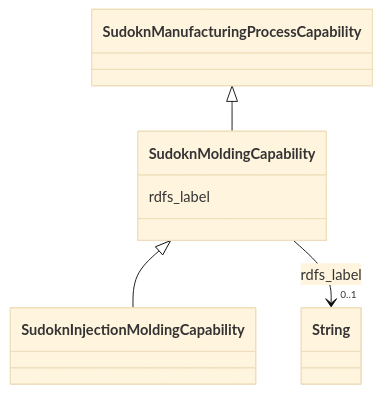
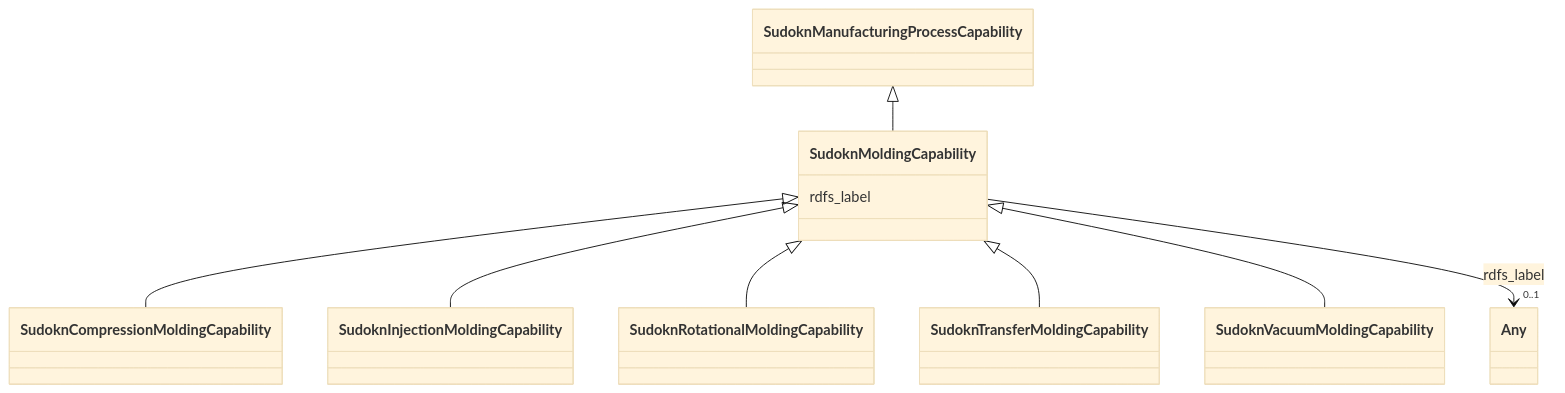
The diagram in sudokn-kg/classes/SudoknMoldingCapability.md (frink-okn/graph-descriptions), drawn with Mermaid (base theme) before and after one commit. The commit also changed other lines of this file and 903 other files, not shown here.

````diff
--- a/sudokn-kg/classes/SudoknMoldingCapability.md
+++ b/sudokn-kg/classes/SudoknMoldingCapability.md
@@ -23,23 +18,31 @@
 ```mermaid
  classDiagram
     class SudoknMoldingCapability
     click SudoknMoldingCapability href "../SudoknMoldingCapability"
       SudoknManufacturingProcessCapability <|-- SudoknMoldingCapability
         click SudoknManufacturingProcessCapability href "../SudoknManufacturingProcessCapability"
       
 
+      SudoknMoldingCapability <|-- SudoknCompressionMoldingCapability
+        click SudoknCompressionMoldingCapability href "../SudoknCompressionMoldingCapability"
       SudoknMoldingCapability <|-- SudoknInjectionMoldingCapability
         click SudoknInjectionMoldingCapability href "../SudoknInjectionMoldingCapability"
+      SudoknMoldingCapability <|-- SudoknRotationalMoldingCapability
+        click SudoknRotationalMoldingCapability href "../SudoknRotationalMoldingCapability"
+      SudoknMoldingCapability <|-- SudoknTransferMoldingCapability
+        click SudoknTransferMoldingCapability href "../SudoknTransferMoldingCapability"
+      SudoknMoldingCapability <|-- SudoknVacuumMoldingCapability
+        click SudoknVacuumMoldingCapability href "../SudoknVacuumMoldingCapability"
       
       
       SudoknMoldingCapability : rdfs_label
         
           
     
     
-    SudoknMoldingCapability --> "0..1" String : rdfs_label
-    click String href "../String"
+    SudoknMoldingCapability --> "0..1" Any : rdfs_label
+    click Any href "../Any"
 
         
       
 ```
````
